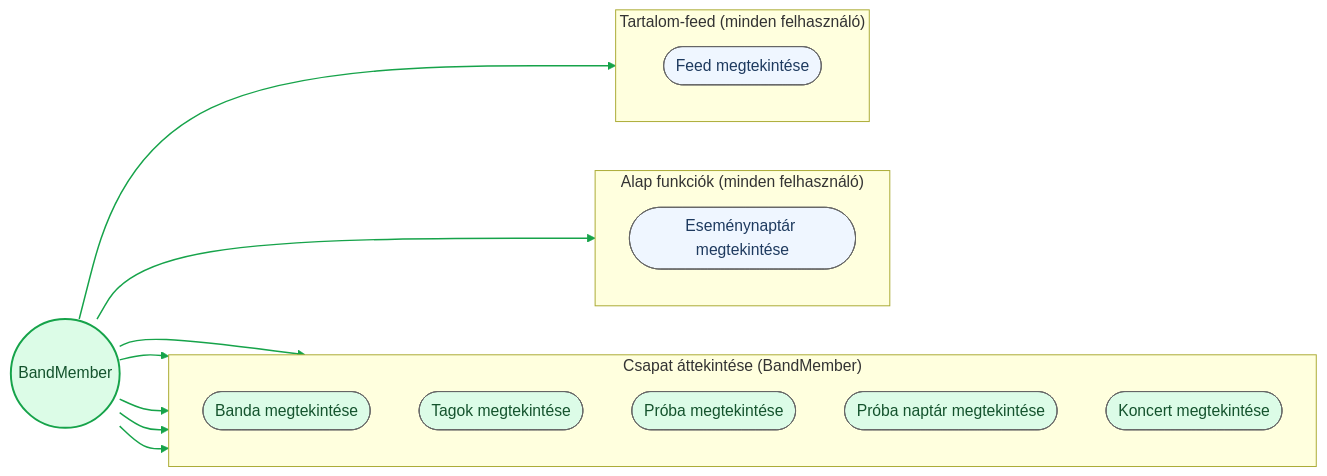
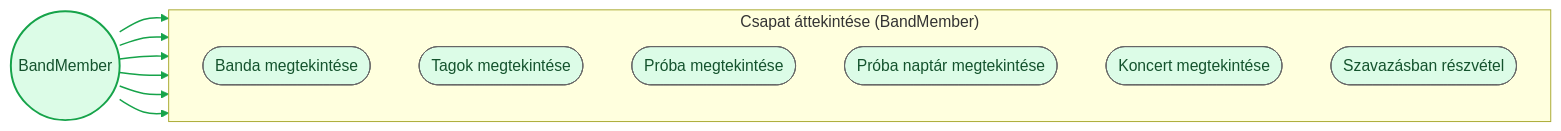
One commit to Kiyo200/BegBand changed the fourth of 5 diagrams in diagrams/mermaid/UseCase.md. Above: the diagram before and after it, drawn with Mermaid. The commit also changed other lines of this file and 20 other files, not shown here.

````diff
--- a/diagrams/mermaid/UseCase.md
+++ b/diagrams/mermaid/UseCase.md
@@ -169,40 +170,28 @@
 ```mermaid
 flowchart LR
     BandMember(("BandMember"))
 
     subgraph PKG_Member["Csapat áttekintése (BandMember)"]
         direction TB
         M1(["Banda megtekintése"])
         M2(["Tagok megtekintése"])
         M3(["Próba megtekintése"])
         M4(["Próba naptár megtekintése"])
         M5(["Koncert megtekintése"])
-    end
-
-    subgraph PKG_Common["Alap funkciók (minden felhasználó)"]
-        direction TB
-        C7(["Eseménynaptár megtekintése"])
-    end
-
-    subgraph PKG_Feed["Tartalom-feed (minden felhasználó)"]
-        direction TB
-        F4(["Feed megtekintése"])
+        M6(["Szavazásban részvétel"])
     end
 
     BandMember --> M1
     BandMember --> M2
     BandMember --> M3
     BandMember --> M4
     BandMember --> M5
-    BandMember --> C7
-    BandMember --> F4
+    BandMember --> M6
 
-    classDef common fill:#EFF6FF,stroke:#666666,color:#1e3a5f
     classDef memberUC fill:#DCFCE7,stroke:#666666,color:#14532d
     classDef memberActor fill:#DCFCE7,stroke:#16A34A,stroke-width:2px,color:#14532d
 
-    class C7,F4 common
-    class M1,M2,M3,M4,M5 memberUC
+    class M1,M2,M3,M4,M5,M6 memberUC
     class BandMember memberActor
-    linkStyle 0,1,2,3,4,5,6 stroke:#16A34A,stroke-width:1.5px
+    linkStyle 0,1,2,3,4,5 stroke:#16A34A,stroke-width:1.5px
 ```
````
